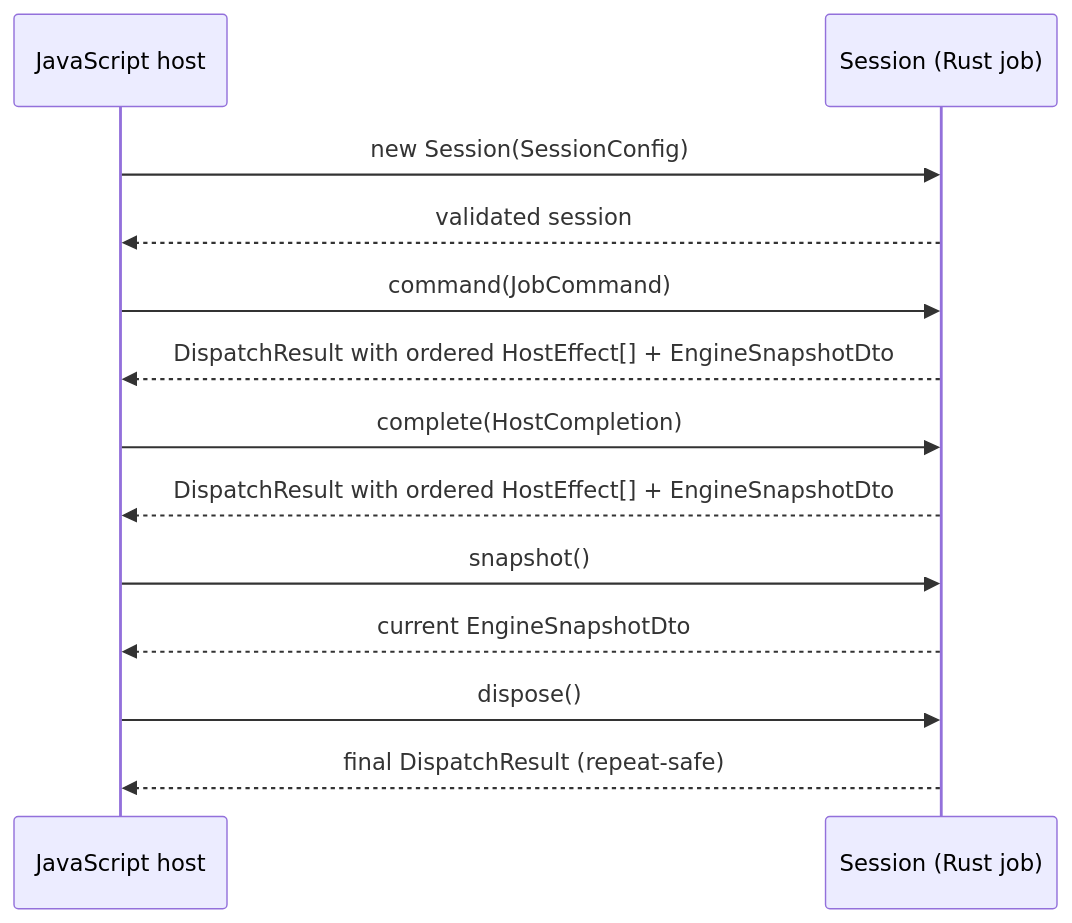
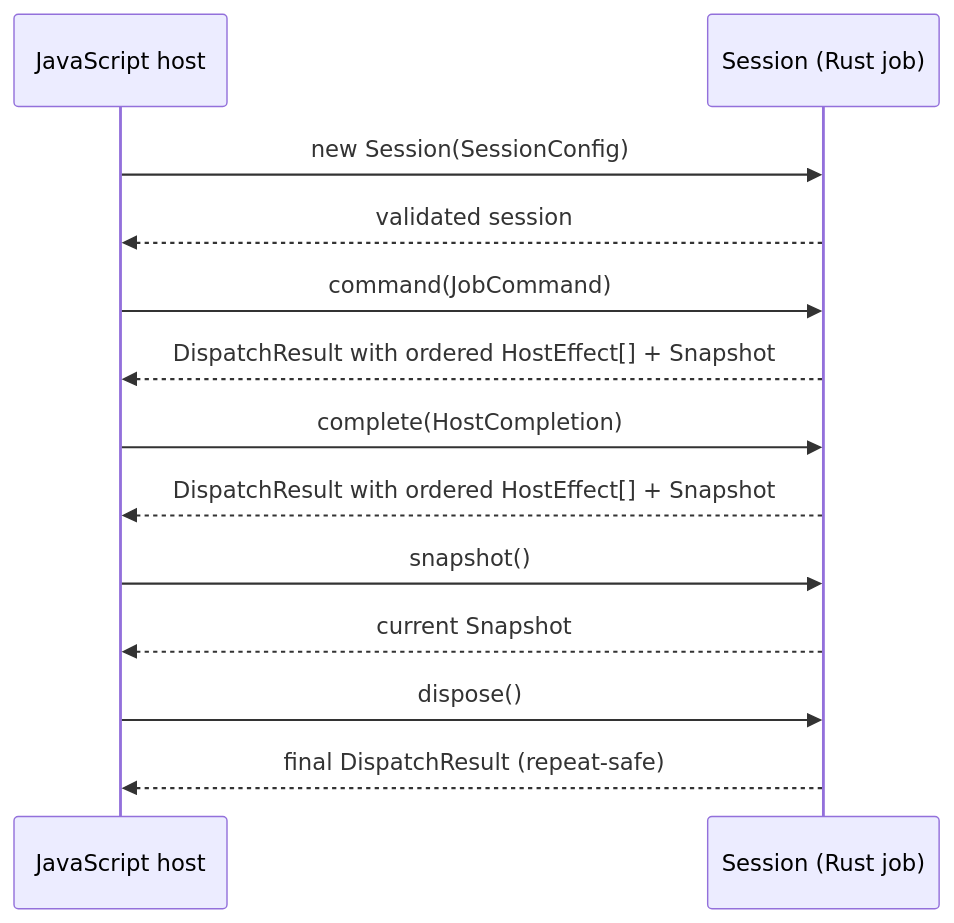
The diagram in docs/protocol.md (lovasoa/dezoomify), drawn with Mermaid before and after one commit. The commit also changed other lines of this file and 241 other files, not shown here.

````diff
--- a/docs/protocol.md
+++ b/docs/protocol.md
@@ -11,15 +11,15 @@
 ```mermaid
 sequenceDiagram
     participant JS as JavaScript host
     participant S as Session (Rust job)
     JS->>S: new Session(SessionConfig)
     S-->>JS: validated session
     JS->>S: command(JobCommand)
-    S-->>JS: DispatchResult with ordered HostEffect[] + EngineSnapshotDto
+    S-->>JS: DispatchResult with ordered HostEffect[] + Snapshot
     JS->>S: complete(HostCompletion)
-    S-->>JS: DispatchResult with ordered HostEffect[] + EngineSnapshotDto
+    S-->>JS: DispatchResult with ordered HostEffect[] + Snapshot
     JS->>S: snapshot()
-    S-->>JS: current EngineSnapshotDto
+    S-->>JS: current Snapshot
     JS->>S: dispose()
     S-->>JS: final DispatchResult (repeat-safe)
 ```
````
